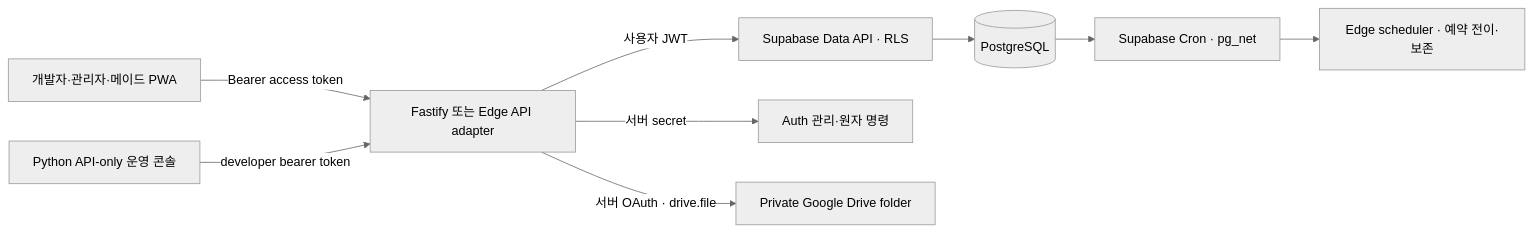
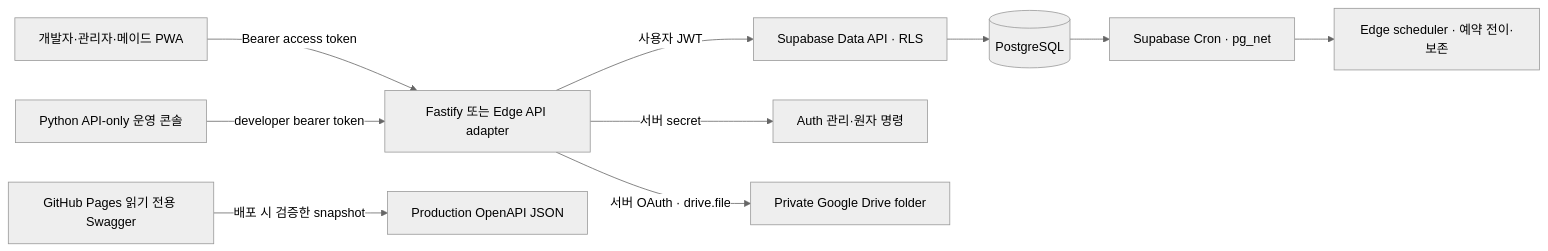
Before and after one commit to wrongstory/room-management-system-backend: the first of 2 diagrams in docs/ARCHITECTURE.md, drawn with Mermaid (neutral theme). The commit also changed other lines of this file and 13 other files, not shown here.

First line of the commit message:
feat(docs): #49 무료 GitHub Pages Swagger 포털 추가

````diff
--- a/docs/ARCHITECTURE.md
+++ b/docs/ARCHITECTURE.md
@@ -20,11 +20,12 @@
 ```mermaid
 flowchart LR
   UI[개발자·관리자·메이드 PWA] -->|Bearer access token| API[Fastify 또는 Edge API adapter]
+  DOCS[GitHub Pages 읽기 전용 Swagger] -->|배포 시 검증한 snapshot| OPENAPI[Production OpenAPI JSON]
   OPS[Python API-only 운영 콘솔] -->|developer bearer token| API
   API -->|사용자 JWT| DATA[Supabase Data API · RLS]
   API -->|서버 secret| ADMIN[Auth 관리·원자 명령]
   DATA --> DB[(PostgreSQL)]
   API -->|서버 OAuth · drive.file| DRIVE[Private Google Drive folder]
   DB --> CRON[Supabase Cron · pg_net]
   CRON --> JOBS[Edge scheduler · 예약 전이·보존]
 ```
````
